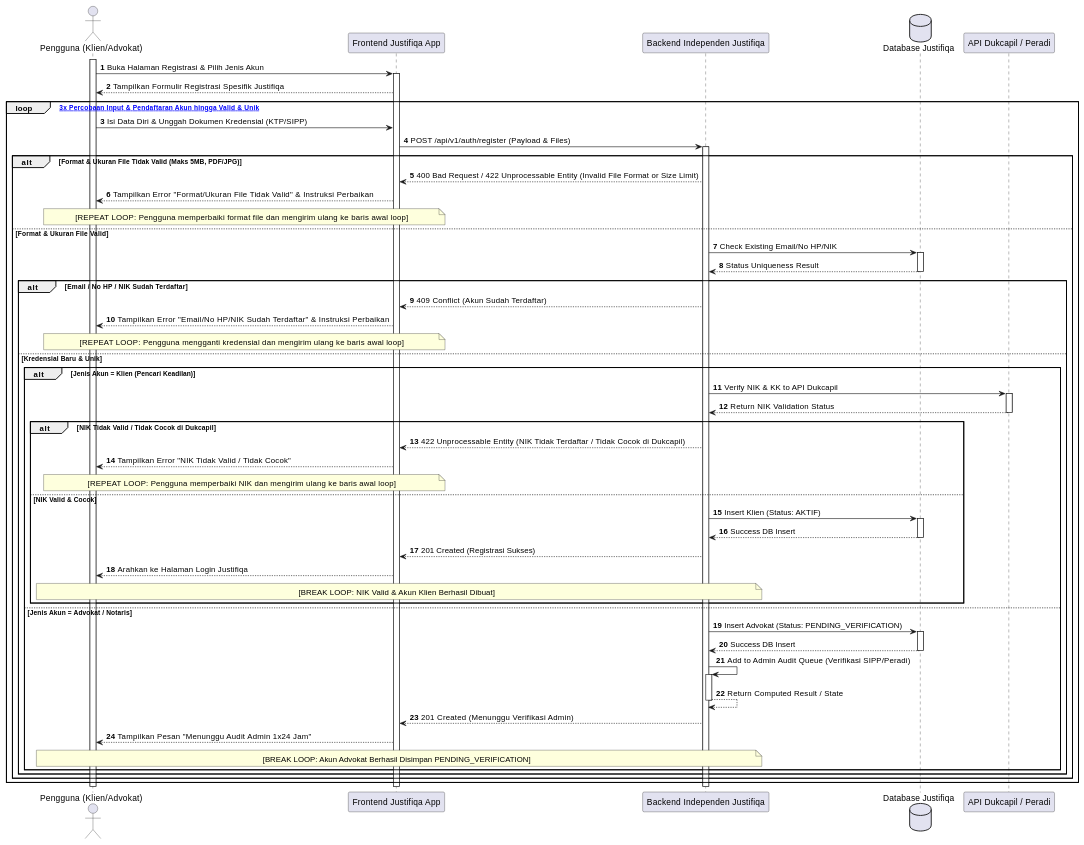
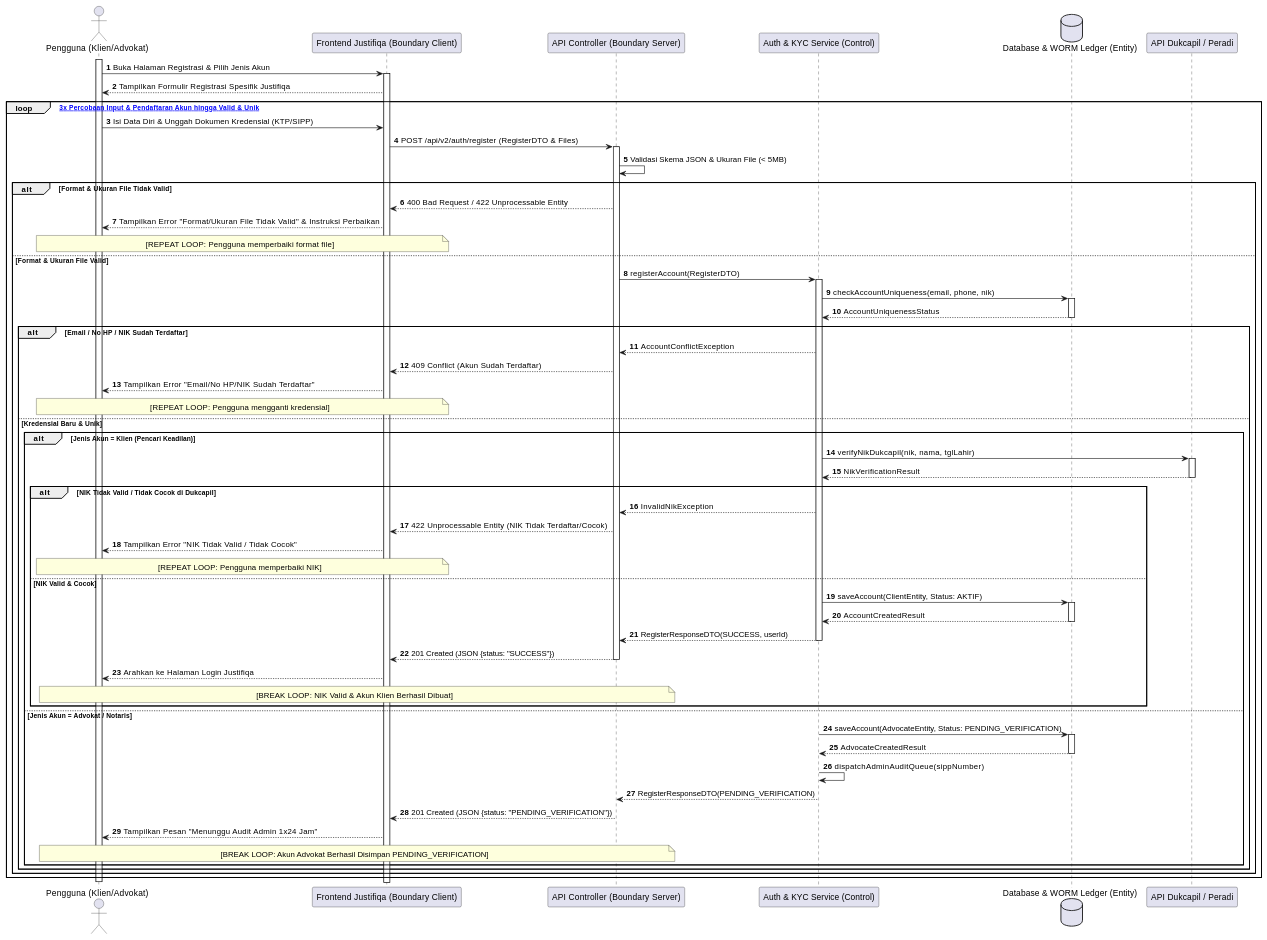
One commit to tupperwureism/SuperApp-Gagal changed the first of 28 diagrams in MarkDown/plantuml_sequence_diagrams.md. Above: the diagram before and after it, drawn with PlantUML. The commit also changed other lines of this file and 1 other file, not shown here.

Commit message:
refactor(sequence-diagrams): upgrade all 28 Sequence Diagrams to Component-Level 5-Lifeline BCE Architecture

````diff
--- a/MarkDown/plantuml_sequence_diagrams.md
+++ b/MarkDown/plantuml_sequence_diagrams.md
@@ -20,61 +27,65 @@
 ```plantuml
 @startuml
 autonumber
 actor "Pengguna (Klien/Advokat)" as User
-participant "Frontend Justifiqa App" as FE
-participant "Backend Independen Justifiqa" as BE
-database "Database Justifiqa" as DB
+participant "Frontend Justifiqa (Boundary Client)" as B_FE
+participant "API Controller (Boundary Server)" as B_BE
+participant "Auth & KYC Service (Control)" as C_Svc
+database "Database & WORM Ledger (Entity)" as E_DB
 participant "API Dukcapil / Peradi" as Ext
 
 activate User
-User -> FE ++ : Buka Halaman Registrasi & Pilih Jenis Akun
-FE --> User : Tampilkan Formulir Registrasi Spesifik Justifiqa
+User -> B_FE ++ : Buka Halaman Registrasi & Pilih Jenis Akun
+B_FE --> User : Tampilkan Formulir Registrasi Spesifik Justifiqa
 loop [Maksimal 3x Percobaan Input & Pendaftaran Akun hingga Valid & Unik]
-    User -> FE : Isi Data Diri & Unggah Dokumen Kredensial (KTP/SIPP)
-    FE -> BE ++ : POST /api/v1/auth/register (Payload & Files)
+    User -> B_FE : Isi Data Diri & Unggah Dokumen Kredensial (KTP/SIPP)
+    B_FE -> B_BE ++ : POST /api/v2/auth/register (RegisterDTO & Files)
+    B_BE -> B_BE : Validasi Skema JSON & Ukuran File (< 5MB)
 
-    alt Format & Ukuran File Tidak Valid (Maks 5MB, PDF/JPG)
-        BE --> FE : 400 Bad Request / 422 Unprocessable Entity (Invalid File Format or Size Limit)
-        FE --> User : Tampilkan Error "Format/Ukuran File Tidak Valid" & Instruksi Perbaikan
-        note over User, FE : [REPEAT LOOP: Pengguna memperbaiki format file dan mengirim ulang ke baris awal loop]
+    alt Format & Ukuran File Tidak Valid
+        B_BE --> B_FE : 400 Bad Request / 422 Unprocessable Entity
+        B_FE --> User : Tampilkan Error "Format/Ukuran File Tidak Valid" & Instruksi Perbaikan
+        note over User, B_FE : [REPEAT LOOP: Pengguna memperbaiki format file]
     else Format & Ukuran File Valid
-        BE -> DB ++ : Check Existing Email/No HP/NIK
-        DB --> BE -- : Status Uniqueness Result
+        B_BE -> C_Svc ++ : registerAccount(RegisterDTO)
+        C_Svc -> E_DB ++ : checkAccountUniqueness(email, phone, nik)
+        E_DB --> C_Svc -- : AccountUniquenessStatus
 
         alt Email / No HP / NIK Sudah Terdaftar
-            BE --> FE : 409 Conflict (Akun Sudah Terdaftar)
-            FE --> User : Tampilkan Error "Email/No HP/NIK Sudah Terdaftar" & Instruksi Perbaikan
-            note over User, FE : [REPEAT LOOP: Pengguna mengganti kredensial dan mengirim ulang ke baris awal loop]
+            C_Svc --> B_BE : AccountConflictException
+            B_BE --> B_FE : 409 Conflict (Akun Sudah Terdaftar)
+            B_FE --> User : Tampilkan Error "Email/No HP/NIK Sudah Terdaftar"
+            note over User, B_FE : [REPEAT LOOP: Pengguna mengganti kredensial]
         else Kredensial Baru & Unik
             alt Jenis Akun = Klien (Pencari Keadilan)
-                BE -> Ext ++ : Verify NIK & KK to API Dukcapil
-                Ext --> BE -- : Return NIK Validation Status
-                
+                C_Svc -> Ext ++ : verifyNikDukcapil(nik, nama, tglLahir)
+                Ext --> C_Svc -- : NikVerificationResult
+
                 alt NIK Tidak Valid / Tidak Cocok di Dukcapil
-                    BE --> FE : 422 Unprocessable Entity (NIK Tidak Terdaftar / Tidak Cocok di Dukcapil)
-                    FE --> User : Tampilkan Error "NIK Tidak Valid / Tidak Cocok"
-                    note over User, FE : [REPEAT LOOP: Pengguna memperbaiki NIK dan mengirim ulang ke baris awal loop]
+                    C_Svc --> B_BE : InvalidNikException
+                    B_BE --> B_FE : 422 Unprocessable Entity (NIK Tidak Terdaftar/Cocok)
+                    B_FE --> User : Tampilkan Error "NIK Tidak Valid / Tidak Cocok"
+                    note over User, B_FE : [REPEAT LOOP: Pengguna memperbaiki NIK]
                 else NIK Valid & Cocok
-                    BE -> DB ++ : Insert Klien (Status: AKTIF)
-                    DB --> BE -- : Success DB Insert
-                    BE --> FE : 201 Created (Registrasi Sukses)
-                    FE --> User : Arahkan ke Halaman Login Justifiqa
-                    note over User, BE : [BREAK LOOP: NIK Valid & Akun Klien Berhasil Dibuat]
+                    C_Svc -> E_DB ++ : saveAccount(ClientEntity, Status: AKTIF)
+                    E_DB --> C_Svc -- : AccountCreatedResult
+                    C_Svc --> B_BE -- : RegisterResponseDTO(SUCCESS, userId)
+                    B_BE --> B_FE -- : 201 Created (JSON {status: "SUCCESS"})
+                    B_FE --> User : Arahkan ke Halaman Login Justifiqa
+                    note over User, B_BE : [BREAK LOOP: NIK Valid & Akun Klien Berhasil Dibuat]
                 end
             else Jenis Akun = Advokat / Notaris
-                BE -> DB ++ : Insert Advokat (Status: PENDING_VERIFICATION)
-                DB --> BE -- : Success DB Insert
-                BE -> BE ++ : Add to Admin Audit Queue (Verifikasi SIPP/Peradi)
-                BE --> BE -- : Return Computed Result / State
-                BE --> FE : 201 Created (Menunggu Verifikasi Admin)
-                FE --> User : Tampilkan Pesan "Menunggu Audit Admin 1x24 Jam"
-                note over User, BE : [BREAK LOOP: Akun Advokat Berhasil Disimpan PENDING_VERIFICATION]
+                C_Svc -> E_DB ++ : saveAccount(AdvocateEntity, Status: PENDING_VERIFICATION)
+                E_DB --> C_Svc -- : AdvocateCreatedResult
+                C_Svc -> C_Svc : dispatchAdminAuditQueue(sippNumber)
+                C_Svc --> B_BE -- : RegisterResponseDTO(PENDING_VERIFICATION)
+                B_BE --> B_FE -- : 201 Created (JSON {status: "PENDING_VERIFICATION"})
+                B_FE --> User : Tampilkan Pesan "Menunggu Audit Admin 1x24 Jam"
+                note over User, B_BE : [BREAK LOOP: Akun Advokat Berhasil Disimpan PENDING_VERIFICATION]
             end
         end
     end
 end
-deactivate BE
-deactivate FE
 deactivate User
 @enduml
 ```
````
